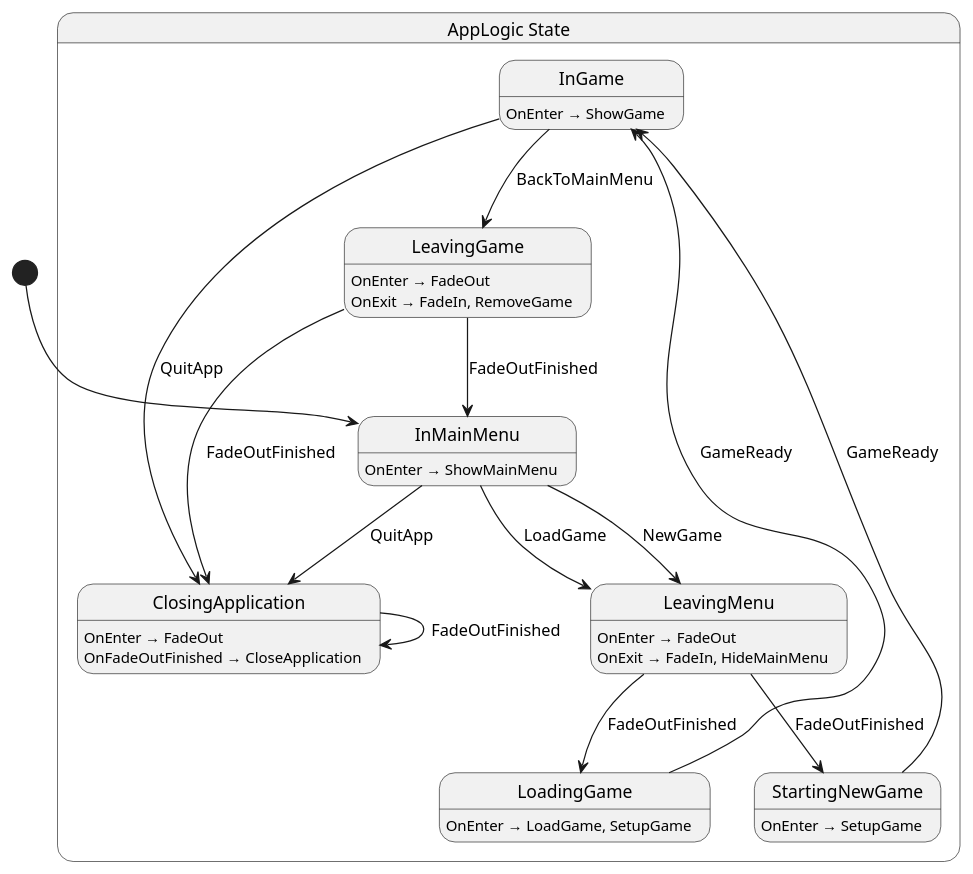
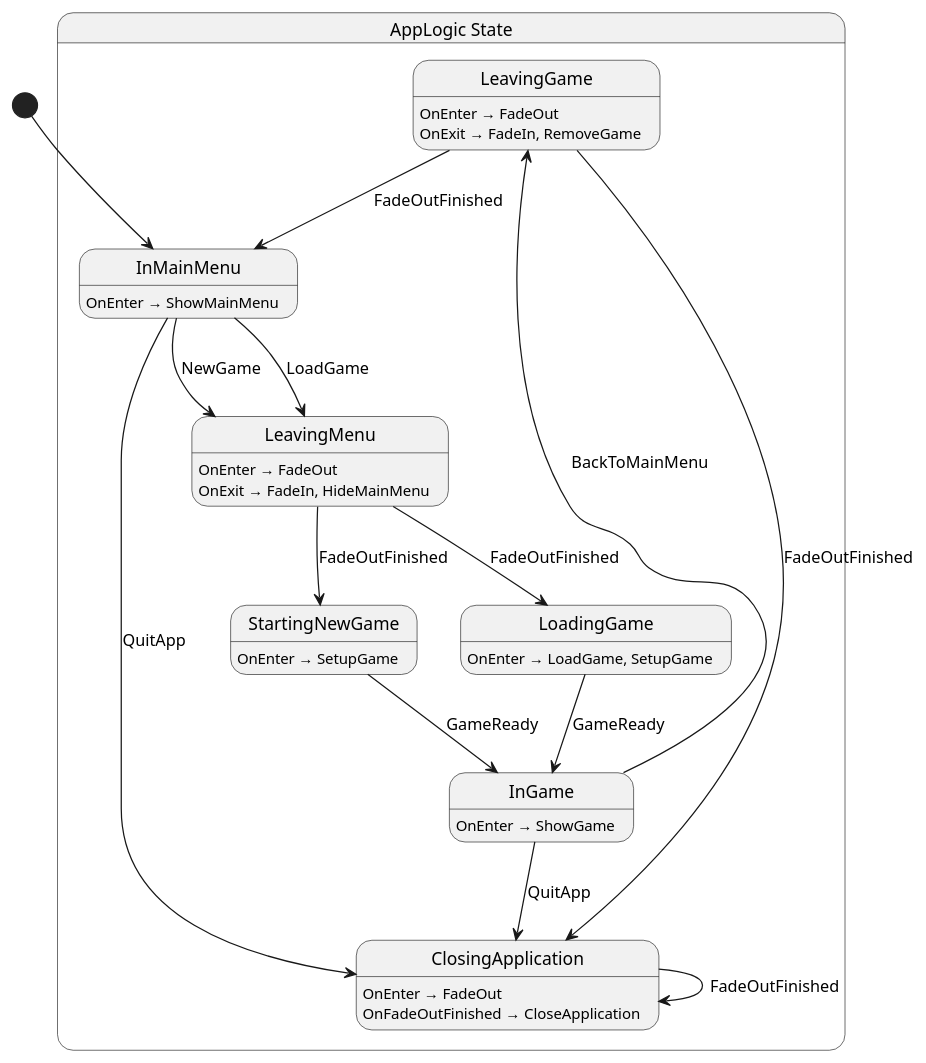
The diagram in src/app/state/AppLogic.g.puml (Nilsiker/Adventure), drawn with PlantUML before and after one commit. The commit also changed other lines of this file and 3 other files, not shown here.

```diff
--- a/src/app/state/AppLogic.g.puml
+++ b/src/app/state/AppLogic.g.puml
@@ -1,37 +1,37 @@
 @startuml AppLogic
 state "AppLogic State" as Shellguard_AppLogic_State {
+  state "LeavingGame" as Shellguard_AppLogic_State_LeavingGame
+  state "InMainMenu" as Shellguard_AppLogic_State_InMainMenu
+  state "StartingNewGame" as Shellguard_AppLogic_State_StartingNewGame
+  state "LeavingMenu" as Shellguard_AppLogic_State_LeavingMenu
+  state "LoadingGame" as Shellguard_AppLogic_State_LoadingGame
   state "ClosingApplication" as Shellguard_AppLogic_State_ClosingApplication
   state "InGame" as Shellguard_AppLogic_State_InGame
-  state "InMainMenu" as Shellguard_AppLogic_State_InMainMenu
-  state "LeavingGame" as Shellguard_AppLogic_State_LeavingGame
-  state "LeavingMenu" as Shellguard_AppLogic_State_LeavingMenu
-  state "LoadingGame" as Shellguard_AppLogic_State_LoadingGame
-  state "StartingNewGame" as Shellguard_AppLogic_State_StartingNewGame
 }
 
 Shellguard_AppLogic_State_ClosingApplication --> Shellguard_AppLogic_State_ClosingApplication : FadeOutFinished
 Shellguard_AppLogic_State_InGame --> Shellguard_AppLogic_State_ClosingApplication : QuitApp
 Shellguard_AppLogic_State_InGame --> Shellguard_AppLogic_State_LeavingGame : BackToMainMenu
 Shellguard_AppLogic_State_InMainMenu --> Shellguard_AppLogic_State_ClosingApplication : QuitApp
 Shellguard_AppLogic_State_InMainMenu --> Shellguard_AppLogic_State_LeavingMenu : LoadGame
 Shellguard_AppLogic_State_InMainMenu --> Shellguard_AppLogic_State_LeavingMenu : NewGame
 Shellguard_AppLogic_State_LeavingGame --> Shellguard_AppLogic_State_ClosingApplication : FadeOutFinished
 Shellguard_AppLogic_State_LeavingGame --> Shellguard_AppLogic_State_InMainMenu : FadeOutFinished
 Shellguard_AppLogic_State_LeavingMenu --> Shellguard_AppLogic_State_LoadingGame : FadeOutFinished
 Shellguard_AppLogic_State_LeavingMenu --> Shellguard_AppLogic_State_StartingNewGame : FadeOutFinished
 Shellguard_AppLogic_State_LoadingGame --> Shellguard_AppLogic_State_InGame : GameReady
 Shellguard_AppLogic_State_StartingNewGame --> Shellguard_AppLogic_State_InGame : GameReady
 
 Shellguard_AppLogic_State_ClosingApplication : OnEnter → FadeOut
 Shellguard_AppLogic_State_ClosingApplication : OnFadeOutFinished → CloseApplication
 Shellguard_AppLogic_State_InGame : OnEnter → ShowGame
 Shellguard_AppLogic_State_InMainMenu : OnEnter → ShowMainMenu
 Shellguard_AppLogic_State_LeavingGame : OnEnter → FadeOut
 Shellguard_AppLogic_State_LeavingGame : OnExit → FadeIn, RemoveGame
 Shellguard_AppLogic_State_LeavingMenu : OnEnter → FadeOut
 Shellguard_AppLogic_State_LeavingMenu : OnExit → FadeIn, HideMainMenu
 Shellguard_AppLogic_State_LoadingGame : OnEnter → LoadGame, SetupGame
 Shellguard_AppLogic_State_StartingNewGame : OnEnter → SetupGame
 
 [*] --> Shellguard_AppLogic_State_InMainMenu
 @enduml
```
